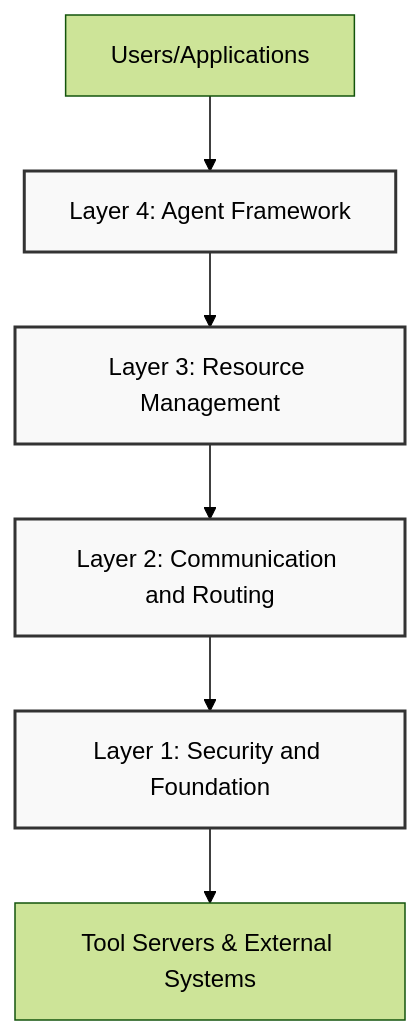
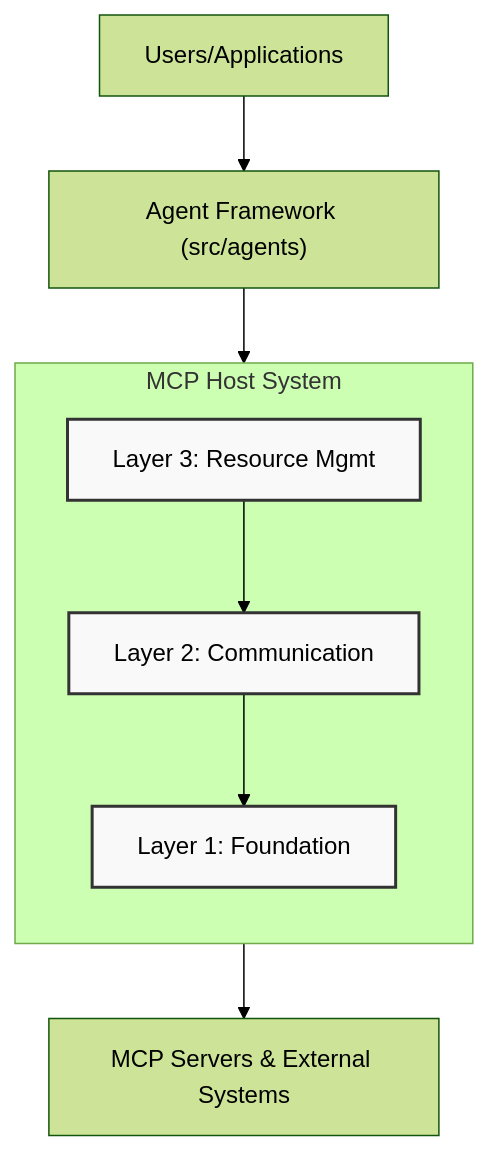
One commit to Aurite-ai/aurite-agents changed the first of 3 diagrams in docs/architecture_overview.md. Above: the diagram before and after it, drawn with Mermaid (forest theme). The commit also changed other lines of this file and 20 other files, not shown here.

````diff
--- a/docs/architecture_overview.md
+++ b/docs/architecture_overview.md
@@ -9,11 +9,18 @@
 ```mermaid
 graph TD
-    Users["Users/Applications"] --> L4["Layer 4: Agent Framework"]
-    L4 --> L3["Layer 3: Resource Management"]
-    L3 --> L2["Layer 2: Communication and Routing"]
-    L2 --> L1["Layer 1: Security and Foundation"]
-    L1 --> Servers["Tool Servers & External Systems"]
+    Users["Users/Applications"] --> AF["Agent Framework (src/agents)"]
+    AF --> Host["MCP Host System (src/host)"]
+    Host --> Servers["MCP Servers & External Systems"]
+
+    subgraph Host [MCP Host System]
+        direction TB
+        L3[Layer 3: Resource Mgmt] --> L2[Layer 2: Communication]
+        L2 --> L1[Layer 1: Foundation]
+    end
 
     classDef layer fill:#f9f9f9,stroke:#333,stroke-width:2px;
-    class L1,L2,L3,L4 layer;
+    class L1,L2,L3 layer;
+    class AF fill:#e6f3ff,stroke:#333,stroke-width:2px;
+    class Host fill:#d4f0c4,stroke:#333,stroke-width:2px;
+
 ```
````
